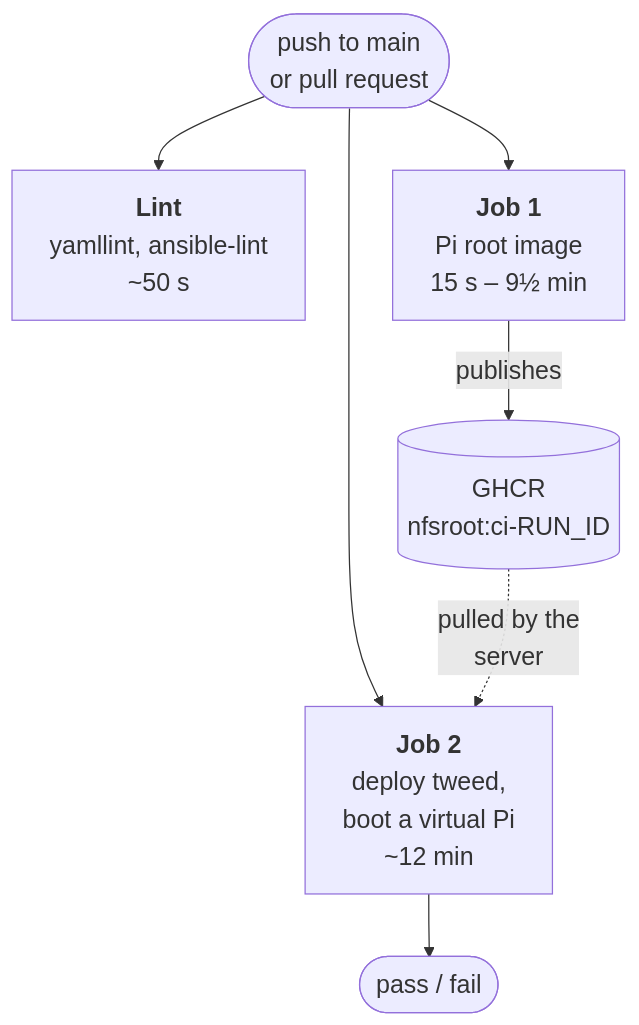
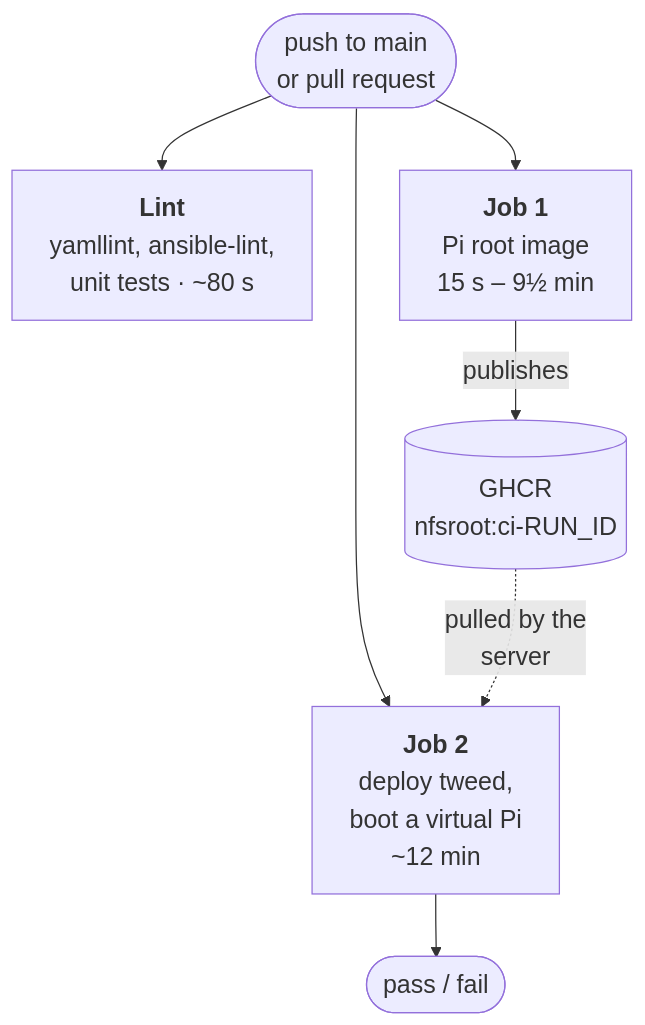
Before and after one commit to fpgas-online/fpgas.online-infra: the first of 3 diagrams in docs/ci.md, drawn with Mermaid. The commit also changed other lines of this file, not shown here.

First line of the commit message:
docs/ci.md: ansible-lint is blocking and pinned (#115); Lint also runs the unit tests

````diff
--- a/docs/ci.md
+++ b/docs/ci.md
@@ -58,16 +58,16 @@
 ```mermaid
 %%{init: {"themeVariables": {"fontSize": "20px"}}}%%
 flowchart TB
     trigger(["push to main<br/>or pull request"])
-    lint["<b>Lint</b><br/>yamllint, ansible-lint<br/>~50 s"]
+    lint["<b>Lint</b><br/>yamllint, ansible-lint,<br/>unit tests · ~80 s"]
     job1["<b>Job 1</b><br/>Pi root image<br/>15 s – 9½ min"]
     job2["<b>Job 2</b><br/>deploy tweed,<br/>boot a virtual Pi<br/>~12 min"]
     ghcr[("GHCR<br/>nfsroot:ci-RUN_ID")]
     result(["pass / fail"])
     trigger --> lint
     trigger --> job1
     trigger --> job2
     job1 -- publishes --> ghcr
     ghcr -. "pulled by the<br/>server" .-> job2
     job2 --> result
 ```
````
